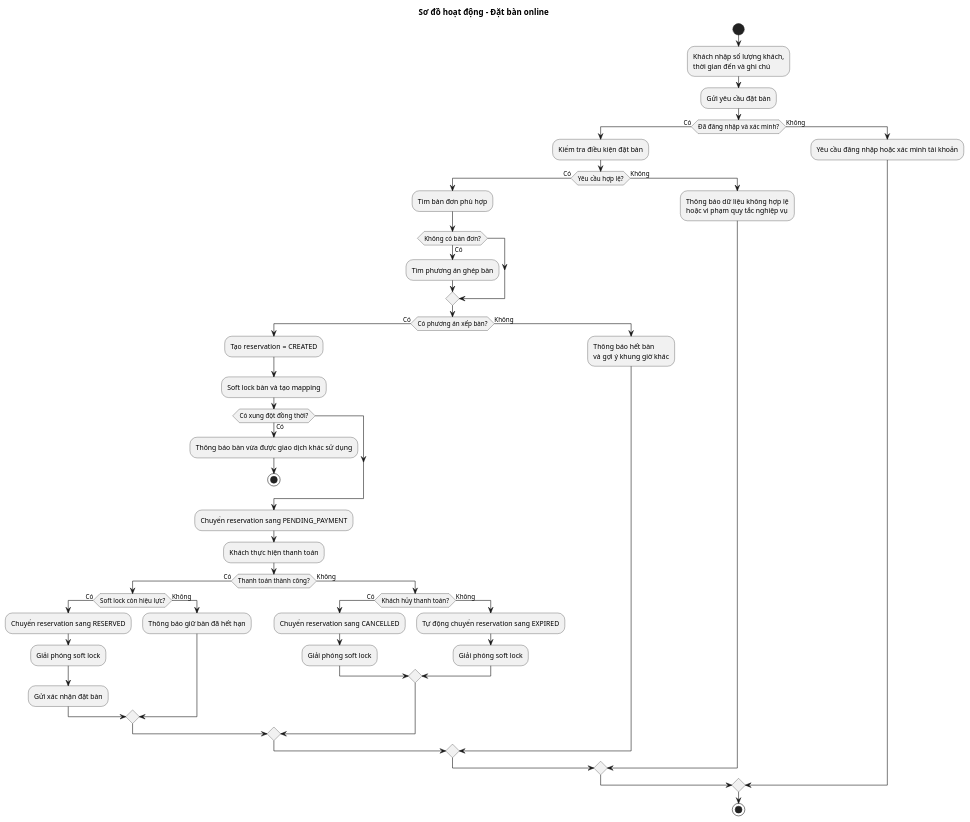
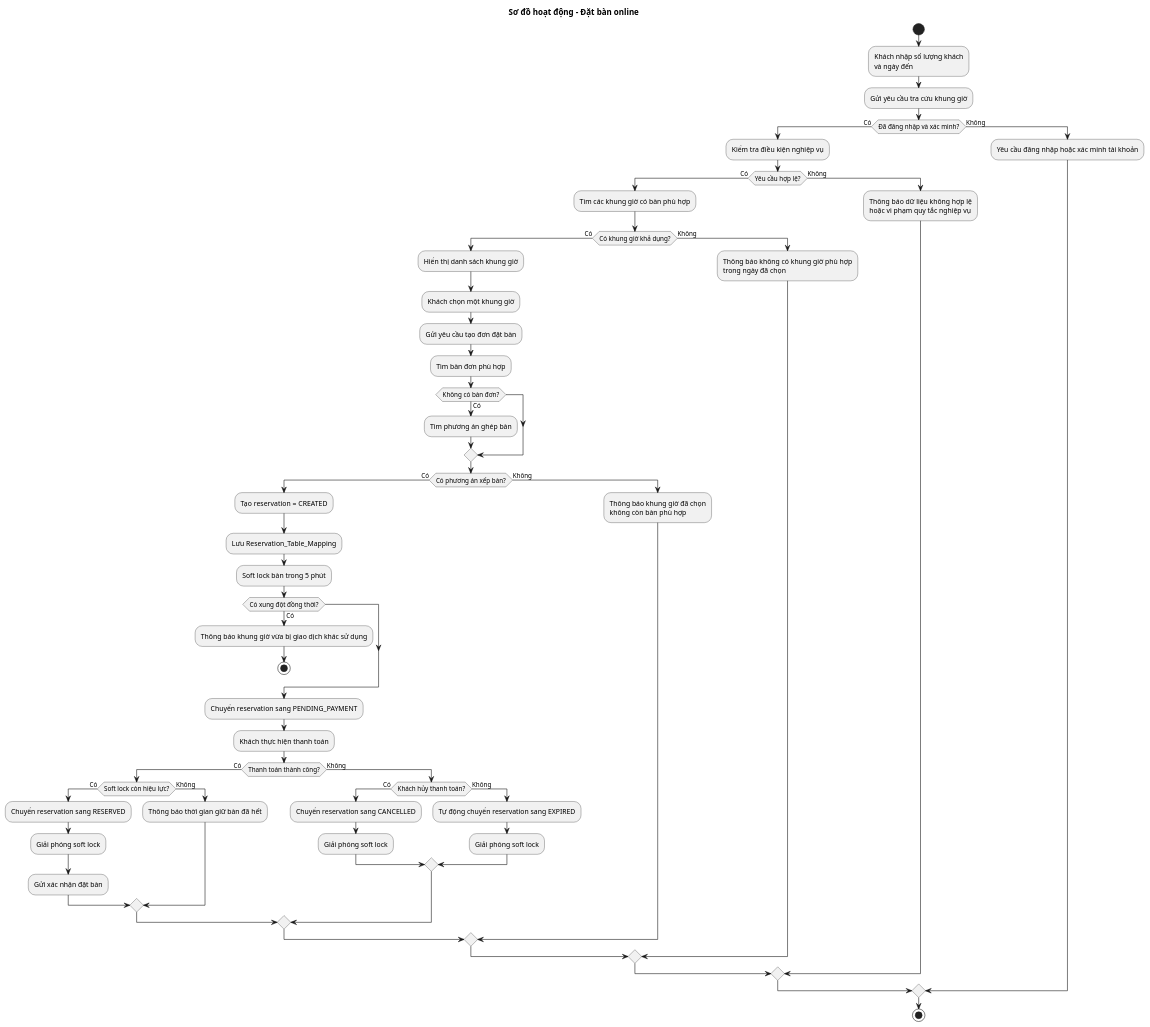
One commit to QuangLam0208/restaurant-reservation-system changed the diagram in docs/uml/activity-booking-online.puml. Above: the diagram before and after it, drawn with PlantUML. The commit also changed 1 other file, not shown here.

Commit message:
fix uml booking onl

```diff
--- a/docs/uml/activity-booking-online.puml
+++ b/docs/uml/activity-booking-online.puml
@@ -1,56 +1,71 @@
 @startuml
 title Sơ đồ hoạt động - Đặt bàn online
 skinparam conditionStyle inside
 
 start
-:Khách nhập số lượng khách,\nthời gian đến và ghi chú;
-:Gửi yêu cầu đặt bàn;
+:Khách nhập số lượng khách\nvà ngày đến;
+:Gửi yêu cầu tra cứu khung giờ;
 
 if (Đã đăng nhập và xác minh?) then (Có)
-  :Kiểm tra điều kiện đặt bàn;
+  :Kiểm tra điều kiện nghiệp vụ;
   if (Yêu cầu hợp lệ?) then (Có)
-    :Tìm bàn đơn phù hợp;
-    if (Không có bàn đơn?) then (Có)
-      :Tìm phương án ghép bàn;
+    :Tìm các khung giờ có bàn phù hợp;
+
+    if (Có khung giờ khả dụng?) then (Có)
+      :Hiển thị danh sách khung giờ;
+      :Khách chọn một khung giờ;
+      :Gửi yêu cầu tạo đơn đặt bàn;
+
+      :Tìm bàn đơn phù hợp;
+      if (Không có bàn đơn?) then (Có)
+        :Tìm phương án ghép bàn;
+      endif
+
+      if (Có phương án xếp bàn?) then (Có)
+        :Tạo reservation = CREATED;
+        :Lưu Reservation_Table_Mapping;
+        :Soft lock bàn trong 5 phút;
+
+        if (Có xung đột đồng thời?) then (Có)
+          :Thông báo khung giờ vừa bị giao dịch khác sử dụng;
+          stop
+        endif
+
+        :Chuyển reservation sang PENDING_PAYMENT;
+        :Khách thực hiện thanh toán;
+
+        if (Thanh toán thành công?) then (Có)
+          if (Soft lock còn hiệu lực?) then (Có)
+            :Chuyển reservation sang RESERVED;
+            :Giải phóng soft lock;
+            :Gửi xác nhận đặt bàn;
+          else (Không)
+            :Thông báo thời gian giữ bàn đã hết;
+          endif
+        else (Không)
+          if (Khách hủy thanh toán?) then (Có)
+            :Chuyển reservation sang CANCELLED;
+            :Giải phóng soft lock;
+          else (Không)
+            :Tự động chuyển reservation sang EXPIRED;
+            :Giải phóng soft lock;
+          endif
+        endif
+
+      else (Không)
+        :Thông báo khung giờ đã chọn\nkhông còn bàn phù hợp;
+      endif
+
+    else (Không)
+      :Thông báo không có khung giờ phù hợp\ntrong ngày đã chọn;
     endif
 
-    if (Có phương án xếp bàn?) then (Có)
-      :Tạo reservation = CREATED;
-      :Soft lock bàn và tạo mapping;
-      if (Có xung đột đồng thời?) then (Có)
-        :Thông báo bàn vừa được giao dịch khác sử dụng;
-        stop
-      endif
-
-      :Chuyển reservation sang PENDING_PAYMENT;
-      :Khách thực hiện thanh toán;
-
-      if (Thanh toán thành công?) then (Có)
-        if (Soft lock còn hiệu lực?) then (Có)
-          :Chuyển reservation sang RESERVED;
-          :Giải phóng soft lock;
-          :Gửi xác nhận đặt bàn;
-        else (Không)
-          :Thông báo giữ bàn đã hết hạn;
-        endif
-      else (Không)
-        if (Khách hủy thanh toán?) then (Có)
-          :Chuyển reservation sang CANCELLED;
-          :Giải phóng soft lock;
-        else (Không)
-          :Tự động chuyển reservation sang EXPIRED;
-          :Giải phóng soft lock;
-        endif
-      endif
-    else (Không)
-      :Thông báo hết bàn\nvà gợi ý khung giờ khác;
-    endif
   else (Không)
     :Thông báo dữ liệu không hợp lệ\nhoặc vi phạm quy tắc nghiệp vụ;
   endif
 else (Không)
   :Yêu cầu đăng nhập hoặc xác minh tài khoản;
 endif
 
 stop
 @enduml
```
